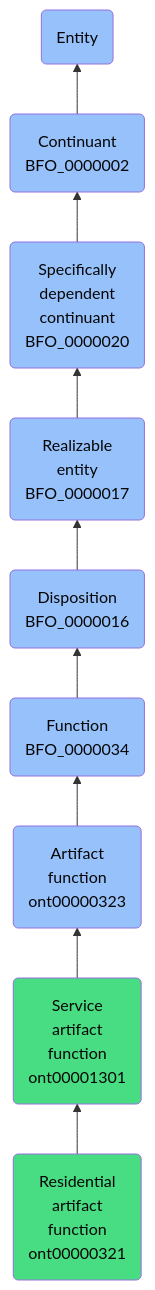
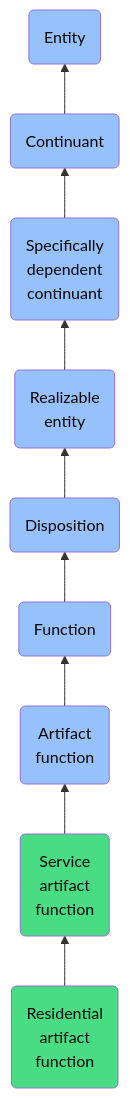
The diagram in docs/ontology/reference/model/Entity/Continuant/Specifically dependent continuant/Realizable entity/Disposition/Function/Artifact function/Service artifact function/Residential artifact function/Residential artifact function.md (jupyter-naas/abi), drawn with Mermaid before and after one commit. The commit also changed other lines of this file and 1430 other files, not shown here.

````diff
--- a/docs/ontology/reference/model/Entity/Continuant/Specifically dependent continuant/Realizable entity/Disposition/Function/Artifact function/Service artifact function/Residential artifact function/Residential artifact function.md
+++ b/docs/ontology/reference/model/Entity/Continuant/Specifically dependent continuant/Realizable entity/Disposition/Function/Artifact function/Service artifact function/Residential artifact function/Residential artifact function.md
@@ -24,16 +24,16 @@
 ```mermaid
 graph BT
-    ont00000321(Residential<br>artifact<br>function<br>ont00000321):::ABI-->ont00001301
-    ont00001301(Service<br>artifact<br>function<br>ont00001301):::ABI-->ont00000323
-    ont00000323(Artifact<br>function<br>ont00000323):::BFO-->BFO_0000034
-    BFO_0000034(Function<br>BFO_0000034):::BFO-->BFO_0000016
-    BFO_0000016(Disposition<br>BFO_0000016):::BFO-->BFO_0000017
-    BFO_0000017(Realizable<br>entity<br>BFO_0000017):::BFO-->BFO_0000020
-    BFO_0000020(Specifically<br>dependent<br>continuant<br>BFO_0000020):::BFO-->BFO_0000002
-    BFO_0000002(Continuant<br>BFO_0000002):::BFO-->BFO_0000001
+    ont00000321(Residential<br>artifact<br>function):::ABI-->ont00001301
+    ont00001301(Service<br>artifact<br>function):::ABI-->ont00000323
+    ont00000323(Artifact<br>function):::BFO-->BFO_0000034
+    BFO_0000034(Function):::BFO-->BFO_0000016
+    BFO_0000016(Disposition):::BFO-->BFO_0000017
+    BFO_0000017(Realizable<br>entity):::BFO-->BFO_0000020
+    BFO_0000020(Specifically<br>dependent<br>continuant):::BFO-->BFO_0000002
+    BFO_0000002(Continuant):::BFO-->BFO_0000001
     BFO_0000001(Entity):::BFO
     
     classDef BFO fill:#97c1fb,color:#060606
     classDef CCO fill:#e4c51e,color:#060606
     classDef ABI fill:#48DD82,color:#060606
 ```
````
